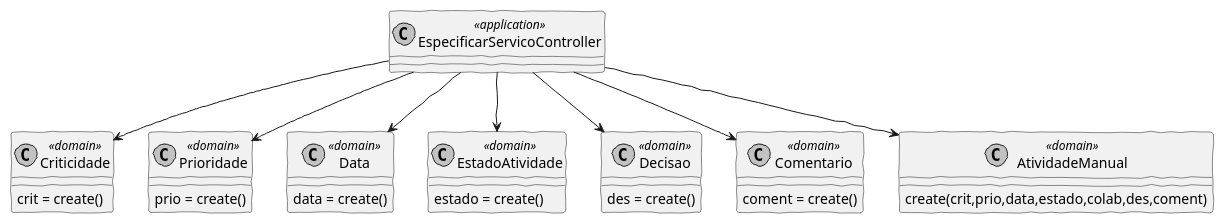
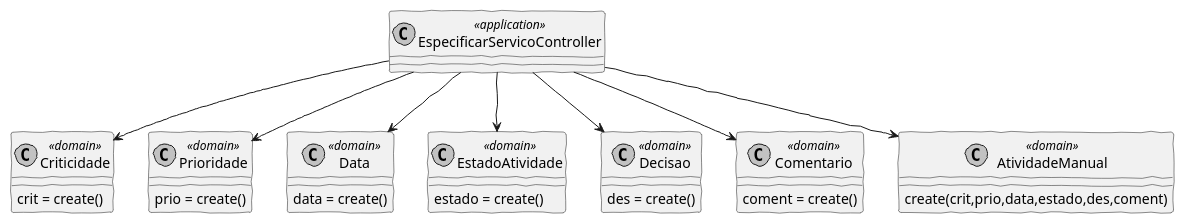
The diagram in docs/Sprint C/1190974/US1005/CD.puml (pedrolemos4/LAPR4), drawn with PlantUML before and after one commit. The commit also changed 4 other files, not shown here.

```diff
--- a/docs/Sprint C/1190974/US1005/CD.puml
+++ b/docs/Sprint C/1190974/US1005/CD.puml
@@ -1,37 +1,37 @@
 @startuml
 'http://plantuml.com/skinparam.html
 skinparam handwritten true
 skinparam monochrome true
 skinparam packageStyle rect
 skinparam defaultFontName FG Virgil
 skinparam shadowing false
 
 class EspecificarServicoController <<application>>
 class Criticidade <<domain>>
 class Prioridade <<domain>>
 class Data <<domain>>
 class EstadoAtividade <<domain>>
 class Decisao <<domain>>
 class Comentario <<domain>>
 class AtividadeManual <<domain>>
 
 
 EspecificarServicoController --> Criticidade
 EspecificarServicoController --> Prioridade
 EspecificarServicoController --> Data
 EspecificarServicoController --> EstadoAtividade
 EspecificarServicoController --> Decisao
 EspecificarServicoController --> Comentario
 EspecificarServicoController --> AtividadeManual
 
 
 Criticidade : crit = create()
 Decisao : des = create()
 Comentario : coment = create()
 Prioridade : prio = create()
 Data : data = create()
 EstadoAtividade : estado = create()
-AtividadeManual : create(crit,prio,data,estado,colab,des,coment)
+AtividadeManual : create(crit,prio,data,estado,des,coment)
 
 
 @enduml
```
